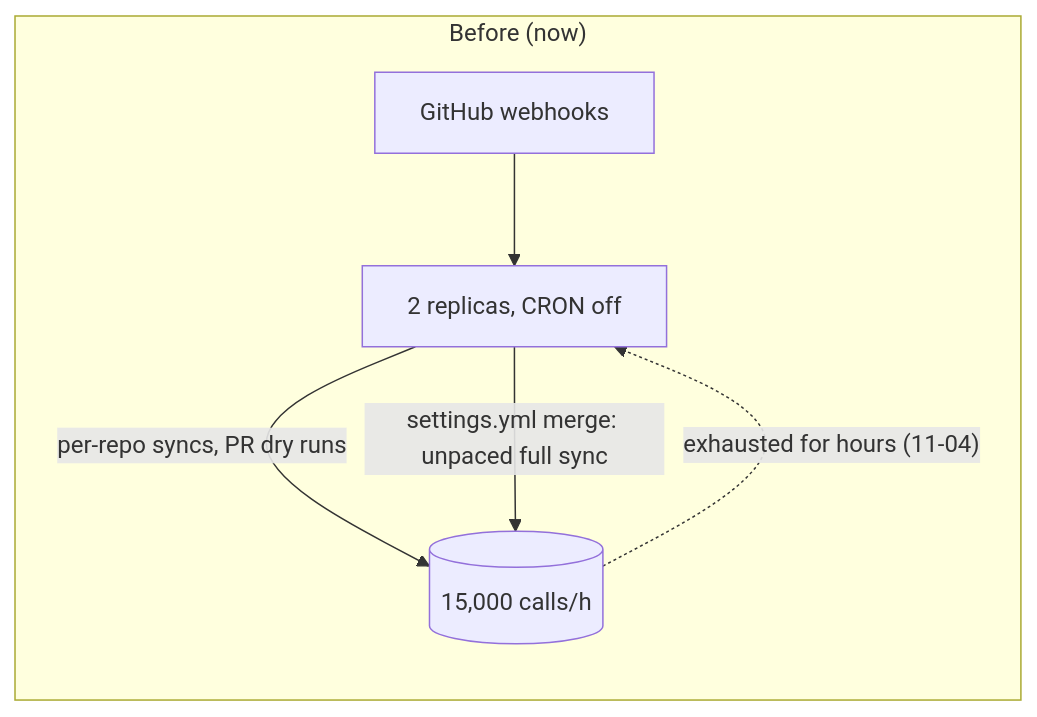
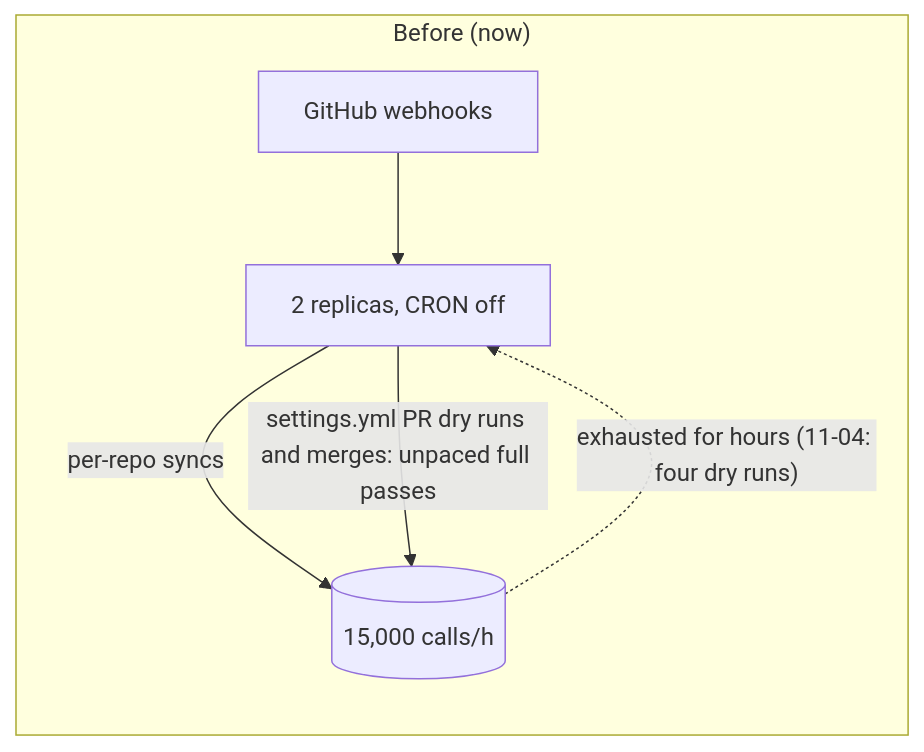
Before and after one commit to tomtom-forks/safe-settings: the first of 4 diagrams in docs/sdlc/changes/2026-11-23-cron-sync-quota/change-design.md, drawn with Mermaid. The commit also changed other lines of this file and 4 other files, not shown here.

````diff
--- a/docs/sdlc/changes/2026-11-23-cron-sync-quota/change-design.md
+++ b/docs/sdlc/changes/2026-11-23-cron-sync-quota/change-design.md
@@ -146,9 +146,9 @@
 ```mermaid
 flowchart LR
   subgraph before["Before (now)"]
     gh1["GitHub webhooks"] --> pods1["2 replicas, CRON off"]
-    pods1 -->|"per-repo syncs, PR dry runs"| q1[("15,000 calls/h")]
-    pods1 -->|"settings.yml merge: unpaced full sync"| q1
-    q1 -.->|"exhausted for hours (11-04)"| pods1
+    pods1 -->|"per-repo syncs"| q1[("15,000 calls/h")]
+    pods1 -->|"settings.yml PR dry runs and merges: unpaced full passes"| q1
+    q1 -.->|"exhausted for hours (11-04: four dry runs)"| pods1
   end
 ```
````
